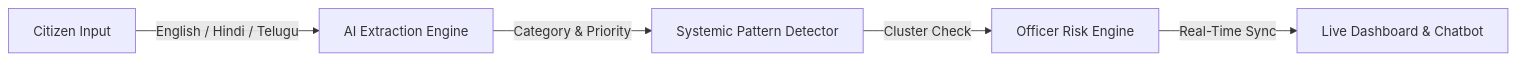
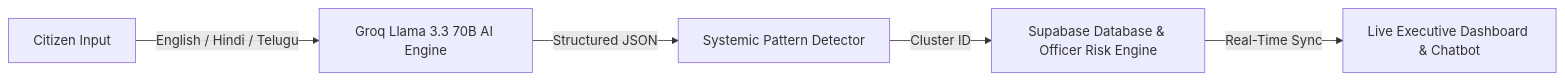
Before and after one commit to keerthanaboga4/ResolveIQ: the first of 2 diagrams in README.md, drawn with Mermaid. The commit also changed other lines of this file and 7 other files, not shown here.

````diff
--- a/README.md
+++ b/README.md
@@ -148,7 +172,7 @@
 ```mermaid
 graph LR
-    A[Citizen Input] -->|English / Hindi / Telugu| B[AI Extraction Engine]
-    B -->|Category & Priority| C[Systemic Pattern Detector]
-    C -->|Cluster Check| D[Officer Risk Engine]
-    D -->|Real-Time Sync| E[Live Dashboard & Chatbot]
+    A[Citizen Input] -->|English / Hindi / Telugu| B[Groq Llama 3.3 70B AI Engine]
+    B -->|Structured JSON| C[Systemic Pattern Detector]
+    C -->|Cluster ID| D[Supabase Database & Officer Risk Engine]
+    D -->|Real-Time Sync| E[Live Executive Dashboard & Chatbot]
 ```
````
